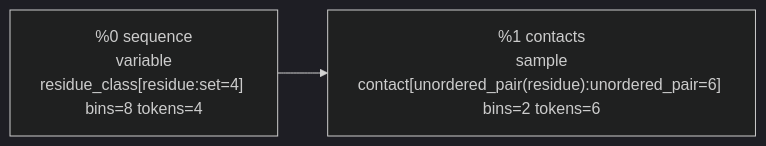
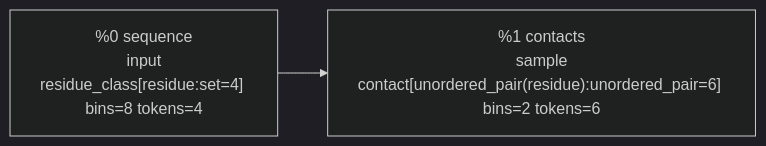
One commit to marin-community/marin changed the first of 2 diagrams in experiments/probabilistic_dataflow/debug_outputs/contacts.md. Above: the diagram before and after it, drawn with Mermaid (dark theme). The commit also changed other lines of this file and 15 other files, not shown here.

````diff
--- a/experiments/probabilistic_dataflow/debug_outputs/contacts.md
+++ b/experiments/probabilistic_dataflow/debug_outputs/contacts.md
@@ -7,6 +7,6 @@
 ```mermaid
 flowchart LR
-  n0["%0 sequence<br/>variable<br/>residue_class[residue:set=4] bins=8 tokens=4"]
+  n0["%0 sequence<br/>input<br/>residue_class[residue:set=4] bins=8 tokens=4"]
   n1["%1 contacts<br/>sample<br/>contact[unordered_pair(residue):unordered_pair=6] bins=2 tokens=6"]
   n0 --> n1
 ```
````
